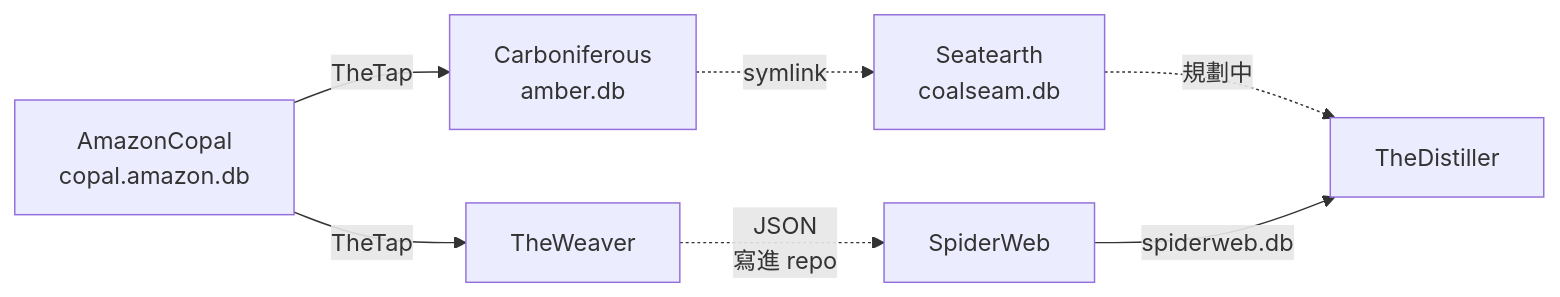
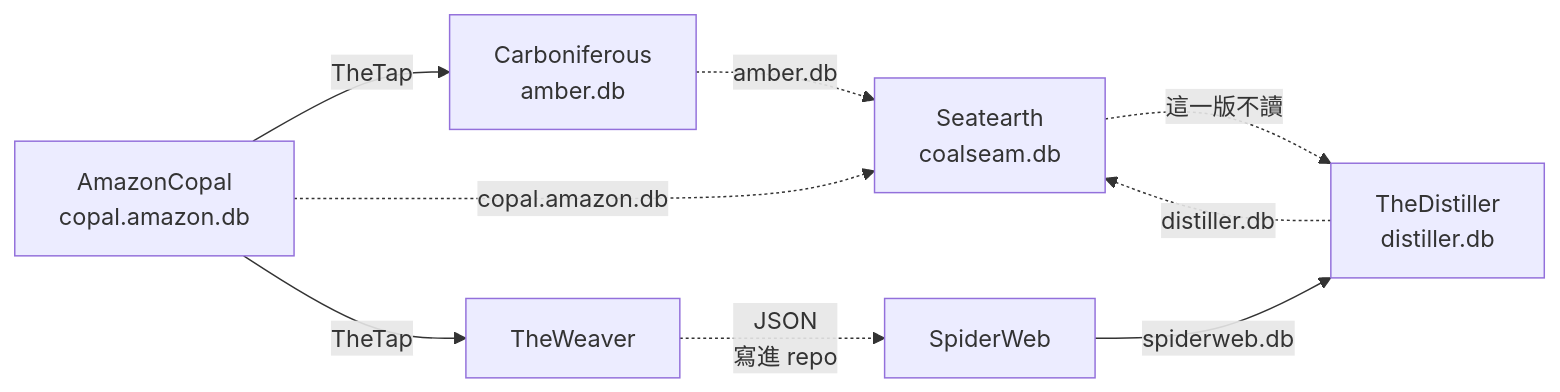
Before and after one commit to mapleelpam/LuminNexus-LearningMap: the diagram in projects/alchemymind/seatearth.md, drawn with Mermaid. The commit also changed other lines of this file and 18 other files, not shown here.

````diff
--- a/projects/alchemymind/seatearth.md
+++ b/projects/alchemymind/seatearth.md
@@ -73,9 +78,11 @@
 ```mermaid
 graph LR
     CO[AmazonCopal<br/>copal.amazon.db] -->|TheTap| CA[Carboniferous<br/>amber.db]
-    CA -.->|symlink| SE[Seatearth<br/>coalseam.db]
-    SE -.->|規劃中| DI[TheDistiller]
+    CA -.->|amber.db| SE[Seatearth<br/>coalseam.db]
+    CO -.->|copal.amazon.db| SE
+    DI[TheDistiller<br/>distiller.db] -.->|distiller.db| SE
+    SE -.->|這一版不讀| DI
     CO -->|TheTap| WE[TheWeaver]
     WE -.->|JSON<br/>寫進 repo| SW[SpiderWeb]
     SW -->|spiderweb.db| DI
 ```
````
